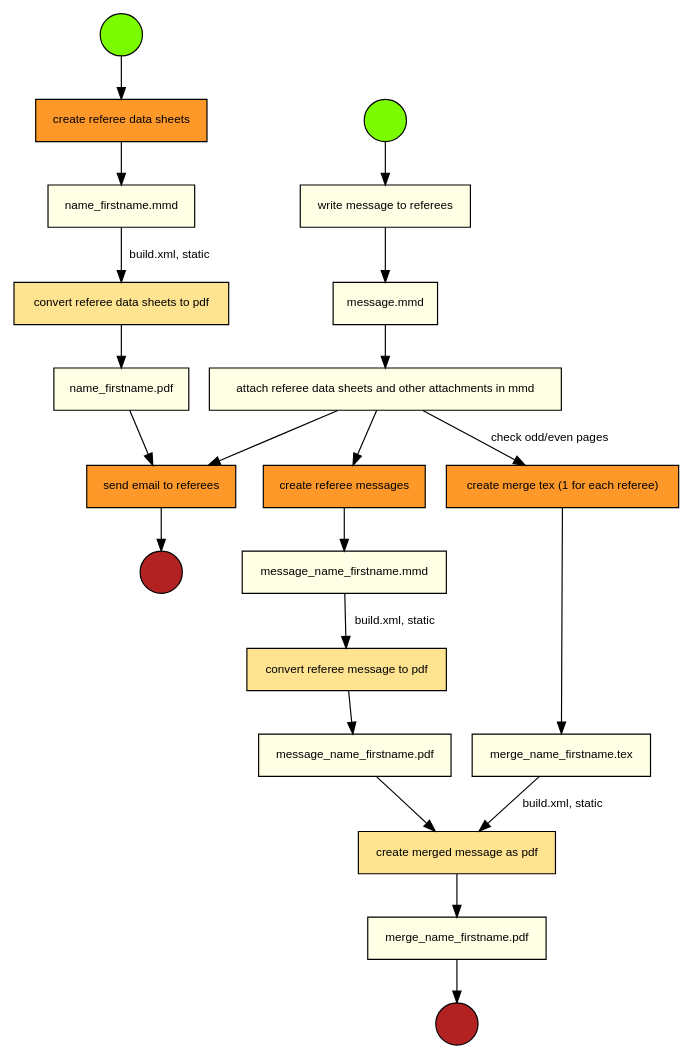
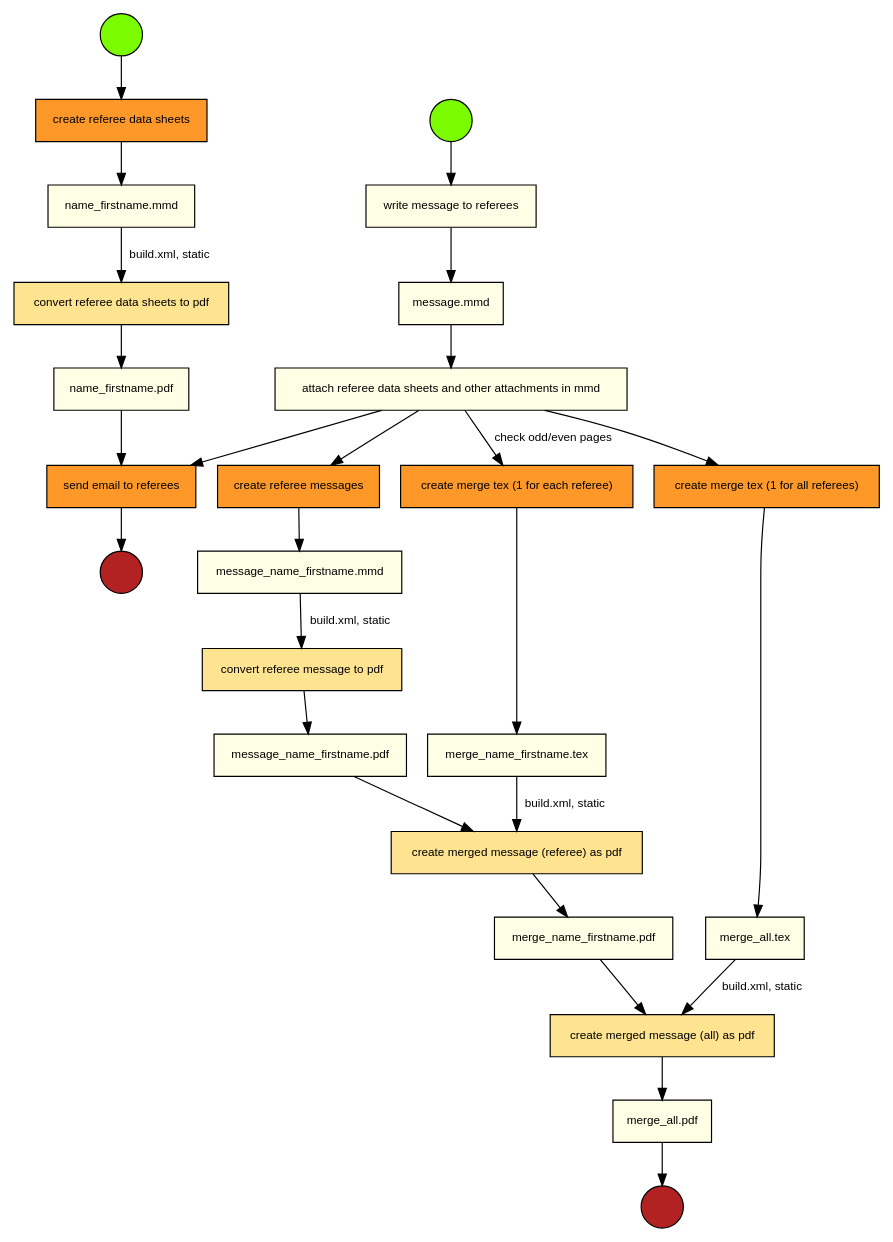
Before and after one commit to ekleinod/refereemanager: the diagram in ideas/referee-data.dot, drawn with Graphviz. The commit also changed 1 other file, not shown here.

Commit message:
generate only 1 pdf

```diff
--- a/ideas/referee-data.dot
+++ b/ideas/referee-data.dot
@@ -1,69 +1,87 @@
 digraph refereedata {
 	graph [rankdir="TB"];
 	node [shape="box", style="filled", colorscheme="ylorbr9", fillcolor="1", fontname="Helvetica", fontsize="10"];
 	edge [fontname="Helvetica", fontsize="10"];
 
 	start1, start2 [label="", shape="circle", colorscheme="X11", fillcolor="lawngreen"];
 	stop1, stop2 [label="", shape="circle", colorscheme="X11", fillcolor="firebrick"];
 
 	start1 -> crds;
 	start2 -> wmtr;
 
 	setr -> stop1;
-	cmmpn -> stop2;
+	cmmpan -> stop2;
 
 	crds [label="create referee data sheets", fillcolor="5"];
 	crdsm [label="name_firstname.mmd"];
 	crds -> crdsm;
 
 	crdsp [label="convert referee data sheets to pdf", fillcolor="3"];
 	crdspn [label="name_firstname.pdf"];
 	crdsm -> crdsp [label=" build.xml, static"];
 	crdsp -> crdspn;
 
 	wmtr [label="write message to referees"];
 	wmtrm [label="message.mmd"];
 	wmtr -> wmtrm;
 
 	setra [label="attach referee data sheets and other attachments in mmd"];
 	wmtrm -> setra;
 
 	setr [label="send email to referees", fillcolor="5"];
 	setra -> setr;
 	crdspn -> setr;
 
 	crm [label="create referee messages", fillcolor="5"];
 	crmm [label="message_name_firstname.mmd"];
 	setra -> crm;
 	crm -> crmm;
 
 	cmt [label="create merge tex (1 for each referee)", fillcolor="5"];
 	cmtt [label="merge_name_firstname.tex"];
 	setra -> cmt [label=" check odd/even pages"];
 	cmt -> cmtt;
 
 	crmp [label="convert referee message to pdf", fillcolor="3"];
 	crmpn [label="message_name_firstname.pdf"];
 	crmm -> crmp [label=" build.xml, static"];
 	crmp -> crmpn;
 
-	cmmp [label="create merged message as pdf", fillcolor="3"];
+	cmmp [label="create merged message (referee) as pdf", fillcolor="3"];
 	cmmpn [label="merge_name_firstname.pdf"];
 	crmpn -> cmmp;
 	cmtt -> cmmp [label=" build.xml, static"];
 	cmmp -> cmmpn;
+
+	cmta [label="create merge tex (1 for all referees)", fillcolor="5"];
+	cmtat [label="merge_all.tex"];
+	setra -> cmta;
+	cmta -> cmtat;
+
+	cmmpa [label="create merged message (all) as pdf", fillcolor="3"];
+	cmmpan [label="merge_all.pdf"];
+	cmmpn -> cmmpa;
+	cmtat -> cmmpa [label=" build.xml, static"];
+	cmmpa -> cmmpan;
 
 	{
 		rank="same";
 		setr;
 		crm;
 		cmt;
+		cmta;
 	}
 
 	{
 		rank="same";
 		crmpn;
 		cmtt;
 	}
 
+	{
+		rank="same";
+		cmmpn;
+		cmtat;
+	}
+
 }
```
